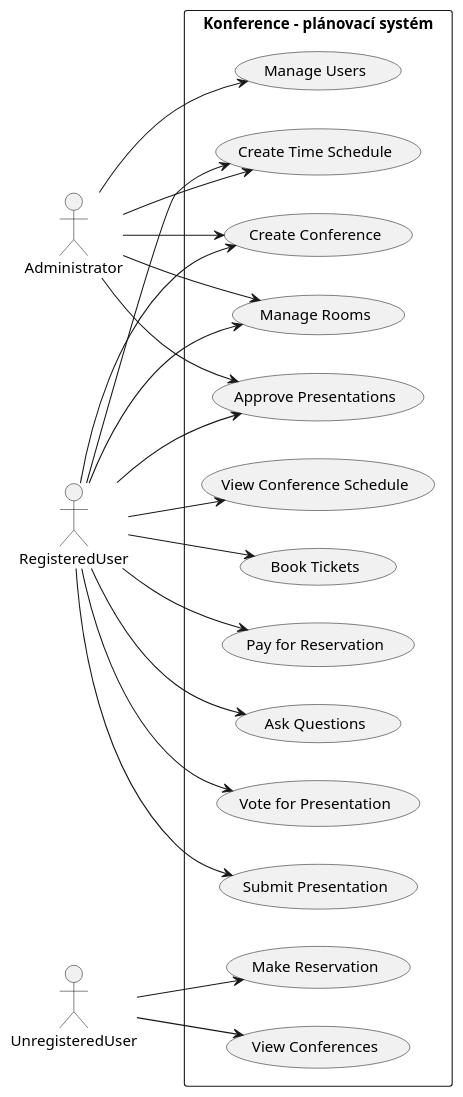
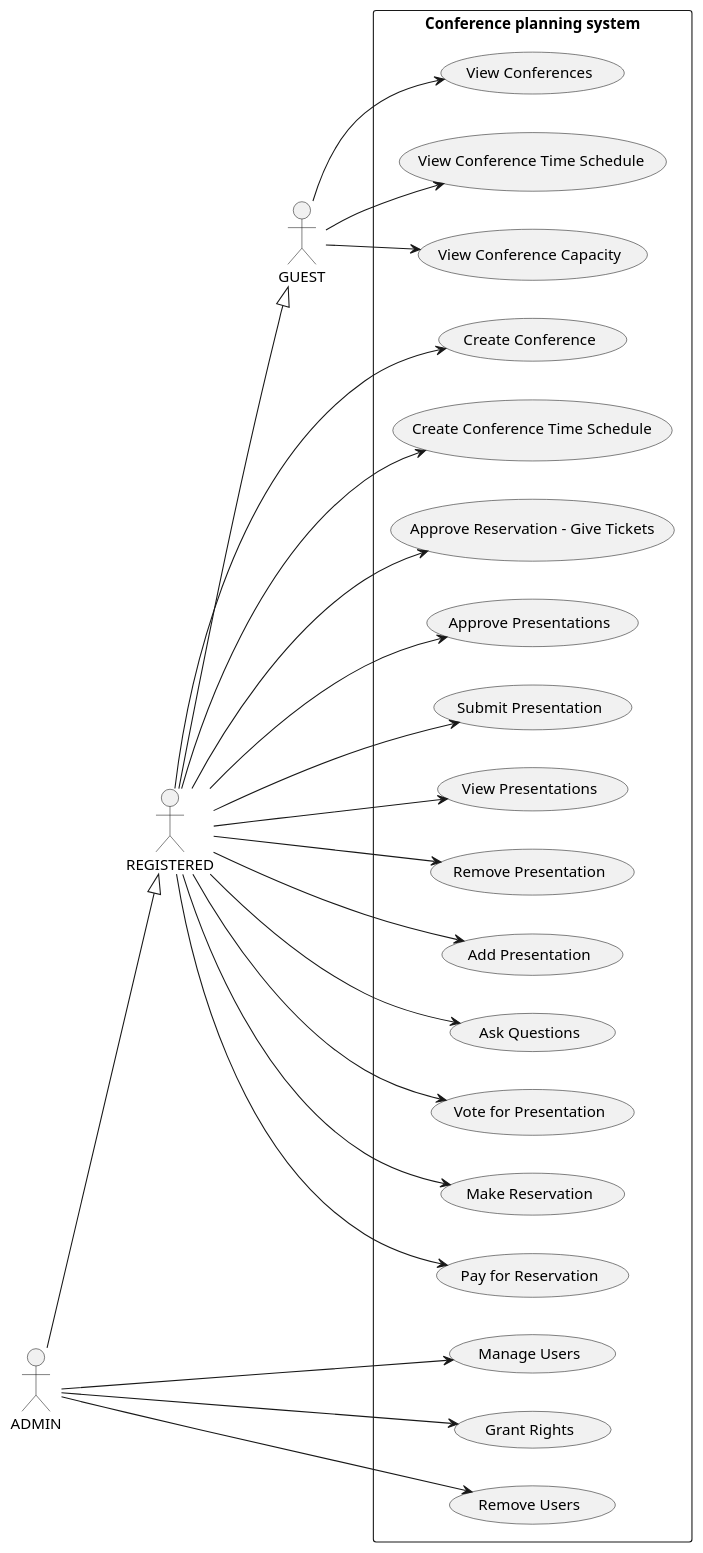
Before and after one commit to stahlgit/fit_iis_project: the diagram in docs/uc.puml, drawn with PlantUML. The commit also changed 1 other file, not shown here.

Commit message:
feat: uc diagram

```diff
--- a/docs/uc.puml
+++ b/docs/uc.puml
@@ -1,46 +1,70 @@
 @startuml
 left to right direction
 
-actor Administrator
-actor RegisteredUser
-actor UnregisteredUser
+actor ADMIN
+actor REGISTERED
+actor GUEST
 
-rectangle "Konference - plánovací systém" {
+rectangle "Conference planning system" {
 
+' ADMIN
 usecase "Manage Users" as UC1
+usecase "Grant Rights" as UC1.1
+usecase "Remove Users" as UC1.2
+
+
+' REGISTERED
+'Manager
 usecase "Create Conference" as UC2
-usecase "Manage Rooms" as UC3
-usecase "Approve Presentations" as UC4
-usecase "Create Time Schedule" as UC5
+usecase "Create Conference Time Schedule" as UC3
+usecase "Manage Conference Rooms" as UC4
+usecase "Approve Reservation - Give Tickets" as UC4
+
+'Manager->Presenter
+usecase "Approve Presentations" as UC5
+
+'Participant->Presenter
 usecase "Submit Presentation" as UC6
-usecase "View Conference Schedule" as UC7
-usecase "Book Tickets" as UC8
-usecase "Pay for Reservation" as UC9
-usecase "View Conferences" as UC10
-usecase "Make Reservation" as UC11
-usecase "Ask Questions" as UC12
-usecase "Vote for Presentation" as UC13
 
+'Presenter/Participant version
+usecase "View Presentations" as UC7
+usecase "Remove Presentation" as UC8
+
+'Participant
+usecase "Add Presentation" as UC9
+usecase "Ask Questions" as UC10
+usecase "Vote for Presentation" as UC11
+usecase "Make Reservation" as UC12
+usecase "Pay for Reservation" as UC13
+
+
+' GUEST
+usecase "View Conferences" as UC14
+usecase "View Conference Time Schedule" as UC15
+usecase "View Conference Capacity" as UC16
 }
 
-Administrator --> UC1
-Administrator --> UC2
-Administrator --> UC3
-Administrator --> UC4
-Administrator --> UC5
+ADMIN --> UC1
+ADMIN --> UC1.1
+ADMIN --> UC1.2
 
-RegisteredUser --> UC2
-RegisteredUser --> UC3
-RegisteredUser --> UC4
-RegisteredUser --> UC5
-RegisteredUser --> UC6
-RegisteredUser --> UC7
-RegisteredUser --> UC8
-RegisteredUser --> UC9
-RegisteredUser --> UC12
-RegisteredUser --> UC13
+REGISTERED --> UC2
+REGISTERED --> UC3
+REGISTERED --> UC4
+REGISTERED --> UC5
+REGISTERED --> UC6
+REGISTERED --> UC7
+REGISTERED --> UC8
+REGISTERED --> UC9
+REGISTERED --> UC10
+REGISTERED --> UC11
+REGISTERED --> UC12
+REGISTERED --> UC13
 
-UnregisteredUser --> UC10
-UnregisteredUser --> UC11
+GUEST --> UC14
+GUEST --> UC15
+GUEST --> UC16
 
+ADMIN --|> REGISTERED
+REGISTERED --|> GUEST
 @enduml
```
